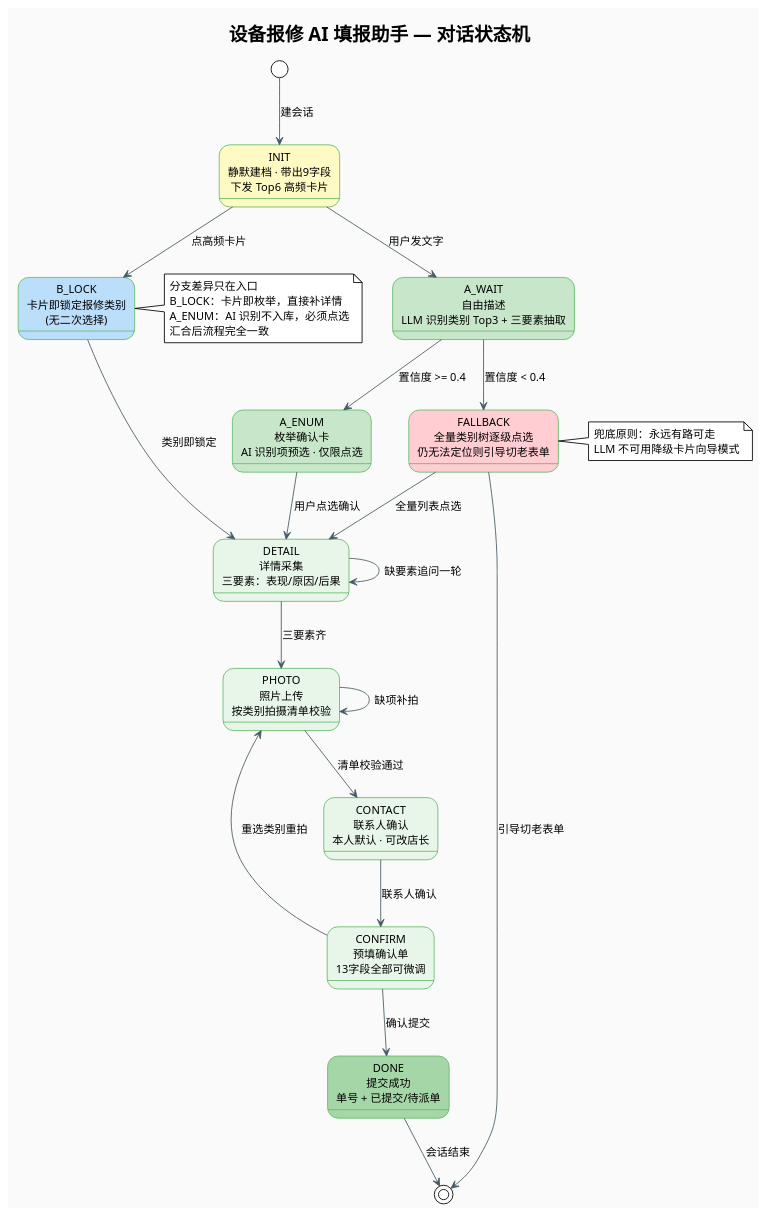
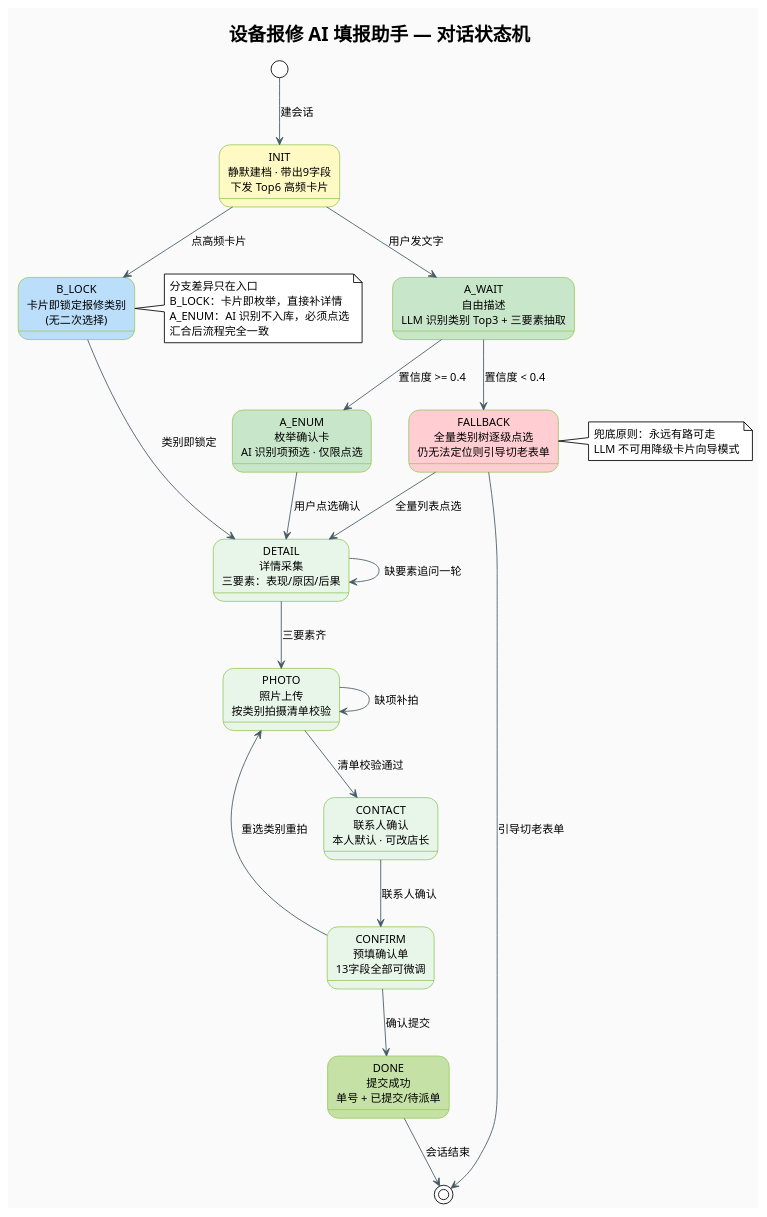
The diagram in src/main/hotmaxx/需求点/输入优化/diagrams/02-对话状态机图.puml (bai876939716/my_doc), drawn with PlantUML before and after one commit. The commit also changed 14 other files, not shown here.

```diff
--- a/src/main/hotmaxx/需求点/输入优化/diagrams/02-对话状态机图.puml
+++ b/src/main/hotmaxx/需求点/输入优化/diagrams/02-对话状态机图.puml
@@ -1,72 +1,72 @@
 @startuml 设备报修AI填报-对话状态机
 !theme plain
 skinparam backgroundColor #FAFAFA
 skinparam defaultFontName "PingFang SC,Microsoft YaHei,Arial"
 skinparam state {
   BackgroundColor #E8F5E9
-  BorderColor #66BB6A
+  BorderColor #9CCC65
   ArrowColor #455A64
   FontSize 13
 }
 
 title 设备报修 AI 填报助手 — 对话状态机
 
 ' ========== 入口 ==========
 state "INIT\n静默建档 · 带出9字段\n下发 Top6 高频卡片" as INIT #FFF9C4
 
 ' ========== 分支A：自由描述 ==========
 state "A_WAIT\n自由描述\nLLM 识别类别 Top3 + 三要素抽取" as A_WAIT #C8E6C9
 
 ' ========== 分支B：高频卡片 ==========
 state "B_LOCK\n卡片即锁定报修类别\n(无二次选择)" as B_LOCK #BBDEFB
 
 state "A_ENUM\n枚举确认卡\nAI 识别项预选 · 仅限点选" as A_ENUM #C8E6C9
 
 ' ========== 兜底 ==========
 state "FALLBACK\n全量类别树逐级点选\n仍无法定位则引导切老表单" as FALLBACK #FFCDD2
 
 ' ========== 公共流程 ==========
 state "DETAIL\n详情采集\n三要素：表现/原因/后果" as DETAIL #E8F5E9
 state "PHOTO\n照片上传\n按类别拍摄清单校验" as PHOTO #E8F5E9
 state "CONTACT\n联系人确认\n本人默认 · 可改店长" as CONTACT #E8F5E9
 state "CONFIRM\n预填确认单\n13字段全部可微调" as CONFIRM #E8F5E9
-state "DONE\n提交成功\n单号 + 已提交/待派单" as DONE #A5D6A7
+state "DONE\n提交成功\n单号 + 已提交/待派单" as DONE #C5E1A5
 
 ' ========== 转移 ==========
 [*] --> INIT : 建会话
 
 INIT --> A_WAIT : 用户发文字
 INIT --> B_LOCK : 点高频卡片
 
 A_WAIT --> A_ENUM : 置信度 >= 0.4
 A_WAIT --> FALLBACK : 置信度 < 0.4
 A_ENUM --> DETAIL : 用户点选确认
 B_LOCK --> DETAIL : 类别即锁定
 FALLBACK --> DETAIL : 全量列表点选
 FALLBACK --> [*] : 引导切老表单
 
 DETAIL --> DETAIL : 缺要素追问一轮
 DETAIL --> PHOTO : 三要素齐
 
 PHOTO --> PHOTO : 缺项补拍
 PHOTO --> CONTACT : 清单校验通过
 
 CONTACT --> CONFIRM : 联系人确认
 CONFIRM --> DONE : 确认提交
 CONFIRM --> PHOTO : 重选类别重拍
 
 DONE --> [*] : 会话结束
 
 note right of B_LOCK
   分支差异只在入口
   B_LOCK：卡片即枚举，直接补详情
   A_ENUM：AI 识别不入库，必须点选
   汇合后流程完全一致
 end note
 
 note right of FALLBACK
   兜底原则：永远有路可走
   LLM 不可用降级卡片向导模式
 end note
 
 @enduml
```
